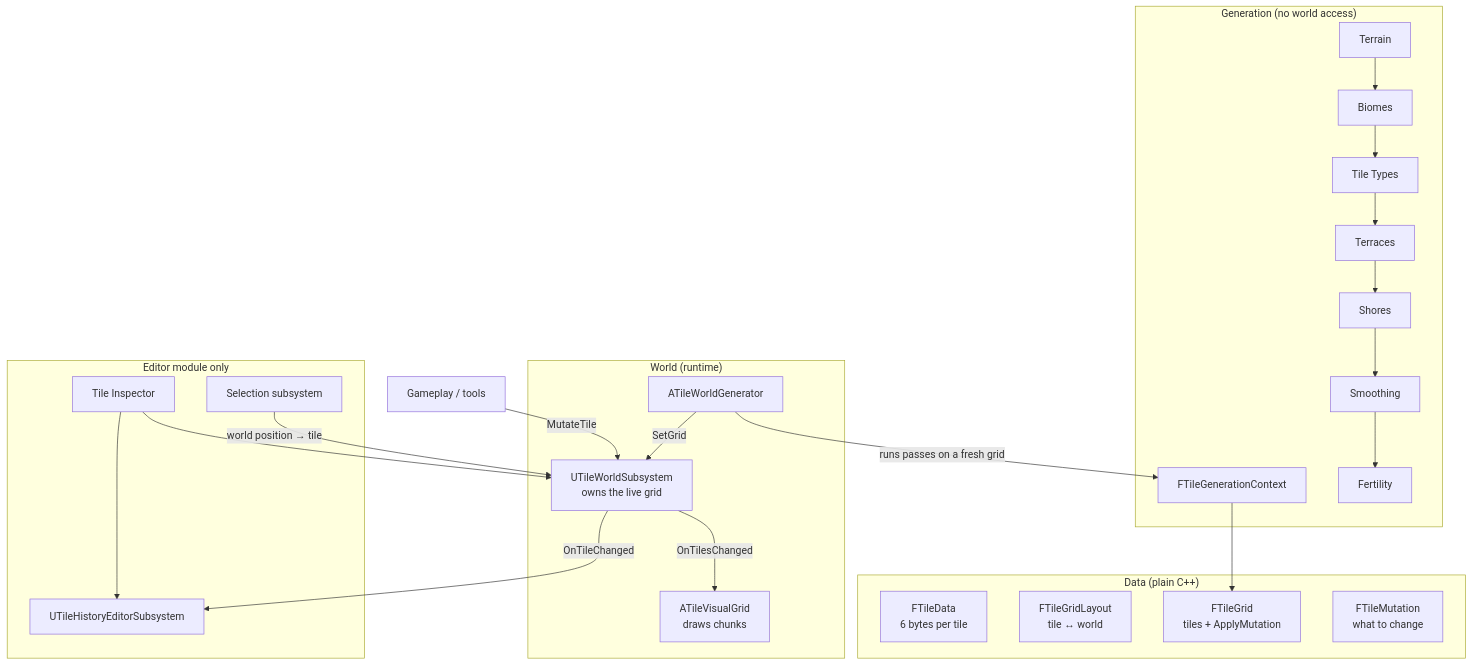
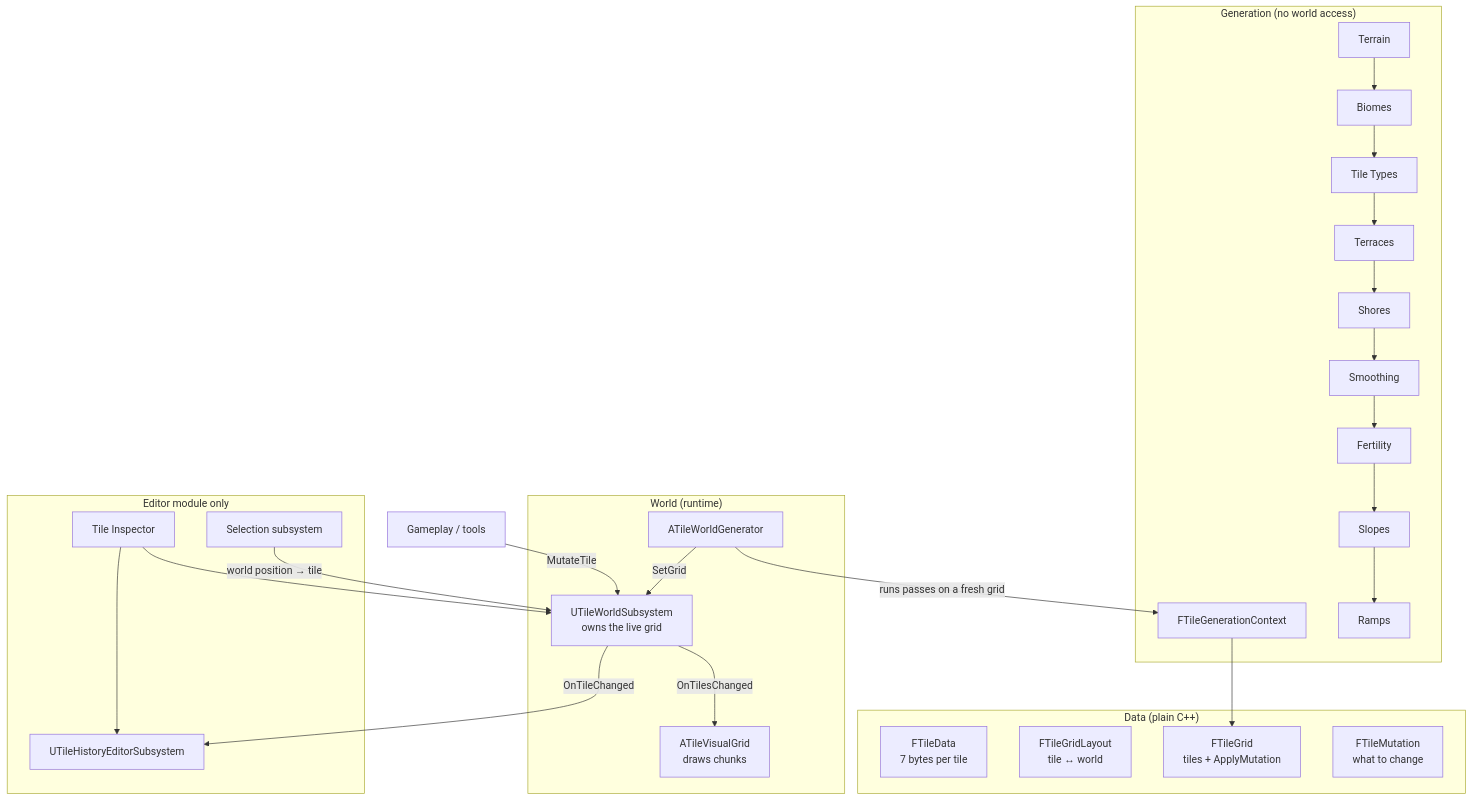
One commit to Shpakovskiyyy/ChillFarmGame changed the diagram in Docs/Architecture.md. Above: the diagram before and after it, drawn with Mermaid. The commit also changed other lines of this file and 26 other files, not shown here.

````diff
--- a/Docs/Architecture.md
+++ b/Docs/Architecture.md
@@ -26,36 +26,36 @@
 ```mermaid
 flowchart TB
     subgraph Data["Data (plain C++)"]
-        TD[FTileData<br/>6 bytes per tile]
+        TD[FTileData<br/>7 bytes per tile]
         GL[FTileGridLayout<br/>tile ↔ world]
         TG[FTileGrid<br/>tiles + ApplyMutation]
         TM[FTileMutation<br/>what to change]
     end
 
     subgraph Gen["Generation (no world access)"]
         GC[FTileGenerationContext]
-        P1[Terrain] --> P2[Biomes] --> P3[Tile Types] --> P4[Terraces] --> P5[Shores] --> P6[Smoothing] --> P7[Fertility]
+        P1[Terrain] --> P2[Biomes] --> P3[Tile Types] --> P4[Terraces] --> P5[Shores] --> P6[Smoothing] --> P7[Fertility] --> P8[Slopes] --> P9[Ramps]
     end
 
     subgraph Runtime["World (runtime)"]
         WG[ATileWorldGenerator]
         WS[UTileWorldSubsystem<br/>owns the live grid]
         VG[ATileVisualGrid<br/>draws chunks]
     end
 
     subgraph Editor["Editor module only"]
         HS[UTileHistoryEditorSubsystem]
         SS[Selection subsystem]
         TI[Tile Inspector]
     end
 
     WG -->|runs passes on a fresh grid| GC
     GC --> TG
     WG -->|SetGrid| WS
     WS -->|OnTilesChanged| VG
     WS -->|OnTileChanged| HS
     Gameplay[Gameplay / tools] -->|MutateTile| WS
     SS -->|world position → tile| WS
     TI --> HS
     TI --> WS
 ```
````
